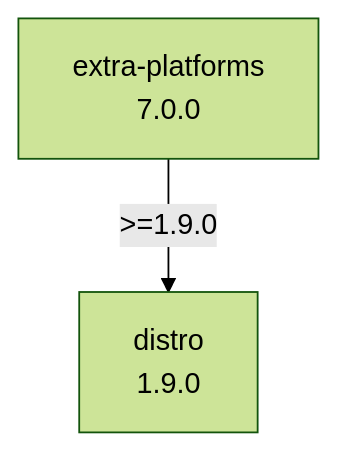
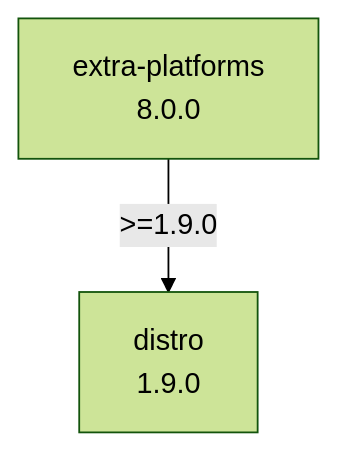
One commit to kdeldycke/extra-platforms changed the diagram in docs/assets/dependencies.mmd. Above: the diagram before and after it, drawn with Mermaid (forest theme).

Commit message:
[autofix] Regenerate dependency graph

```diff
--- a/docs/assets/dependencies.mmd
+++ b/docs/assets/dependencies.mmd
@@ -1,5 +1,5 @@
 flowchart TD
     classDef missing stroke-dasharray: 5
     distro["distro\n1.9.0"]
-    extra-platforms["extra-platforms\n7.0.0"]
+    extra-platforms["extra-platforms\n8.0.0"]
     extra-platforms -- ">=1.9.0" --> distro
```
